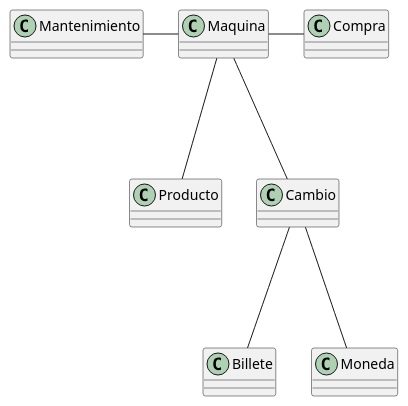
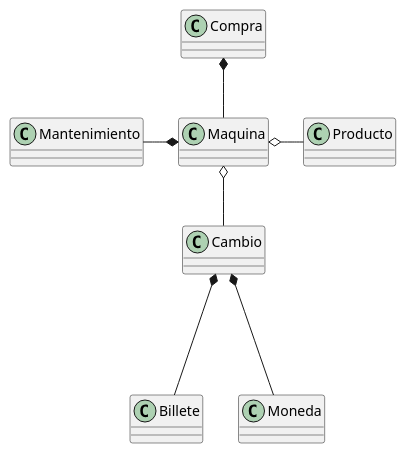
The diagram in Grupo2/modelo-de-dominio/dominio.plantuml (mmasias/IdSw2-22-23), drawn with PlantUML before and after one commit. The commit also changed 6 other files, not shown here.

```diff
--- a/Grupo2/modelo-de-dominio/dominio.plantuml
+++ b/Grupo2/modelo-de-dominio/dominio.plantuml
@@ -1,17 +1,17 @@
 @startuml modelo-de-dominio
 class Maquina
 class Billete
 class Moneda
 class Producto
 class Cambio
 class Compra
 class Mantenimiento
 
-Maquina --r Compra
-Maquina --l Mantenimiento
-Maquina --- Cambio
-Maquina --- Producto
+Maquina -u-* Compra
+Maquina *--l Mantenimiento
+Maquina o-- Cambio
+Maquina o---r Producto
 
-Cambio --- Billete
-Cambio --- Moneda
+Cambio *--- Billete
+Cambio *--- Moneda
 @enduml
```
